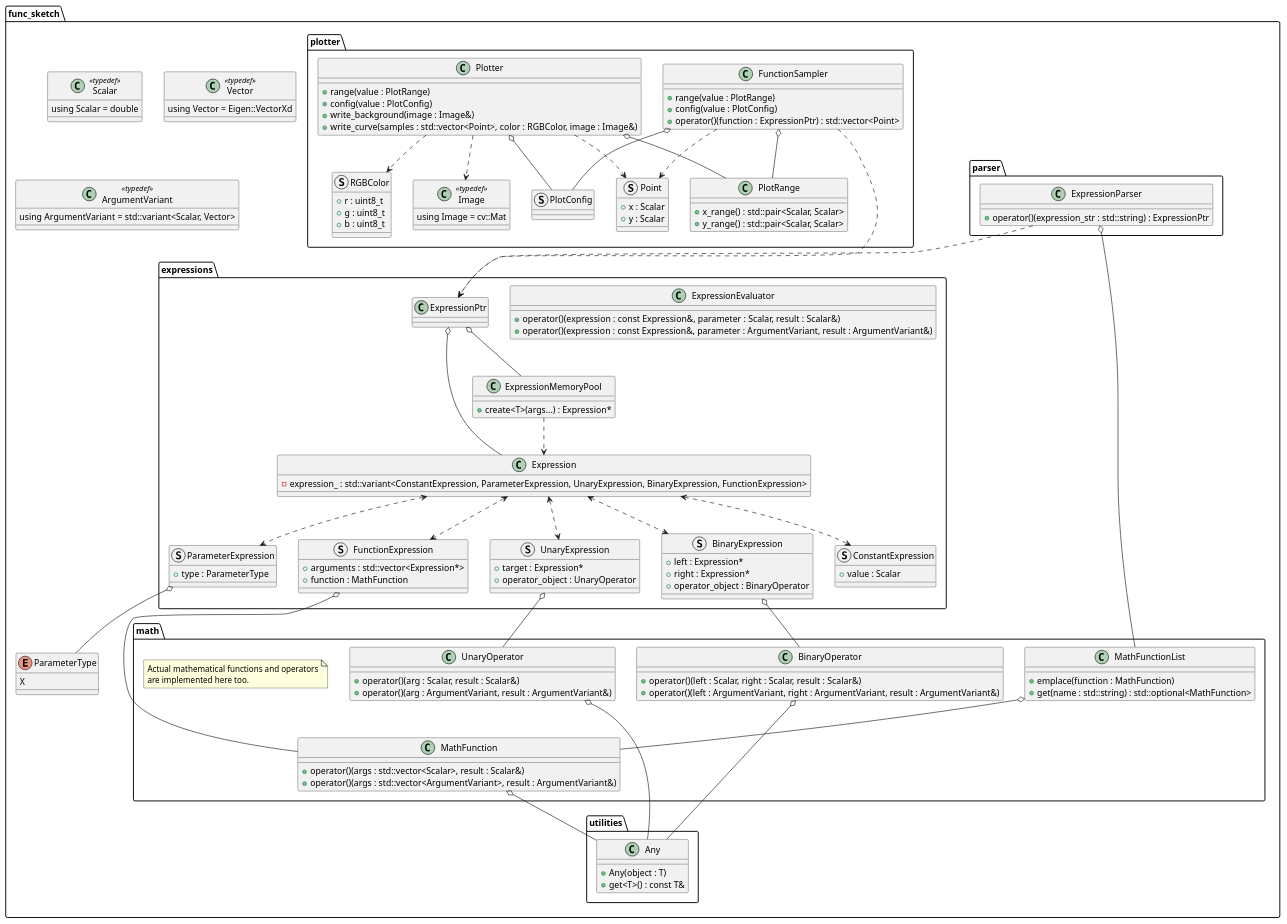
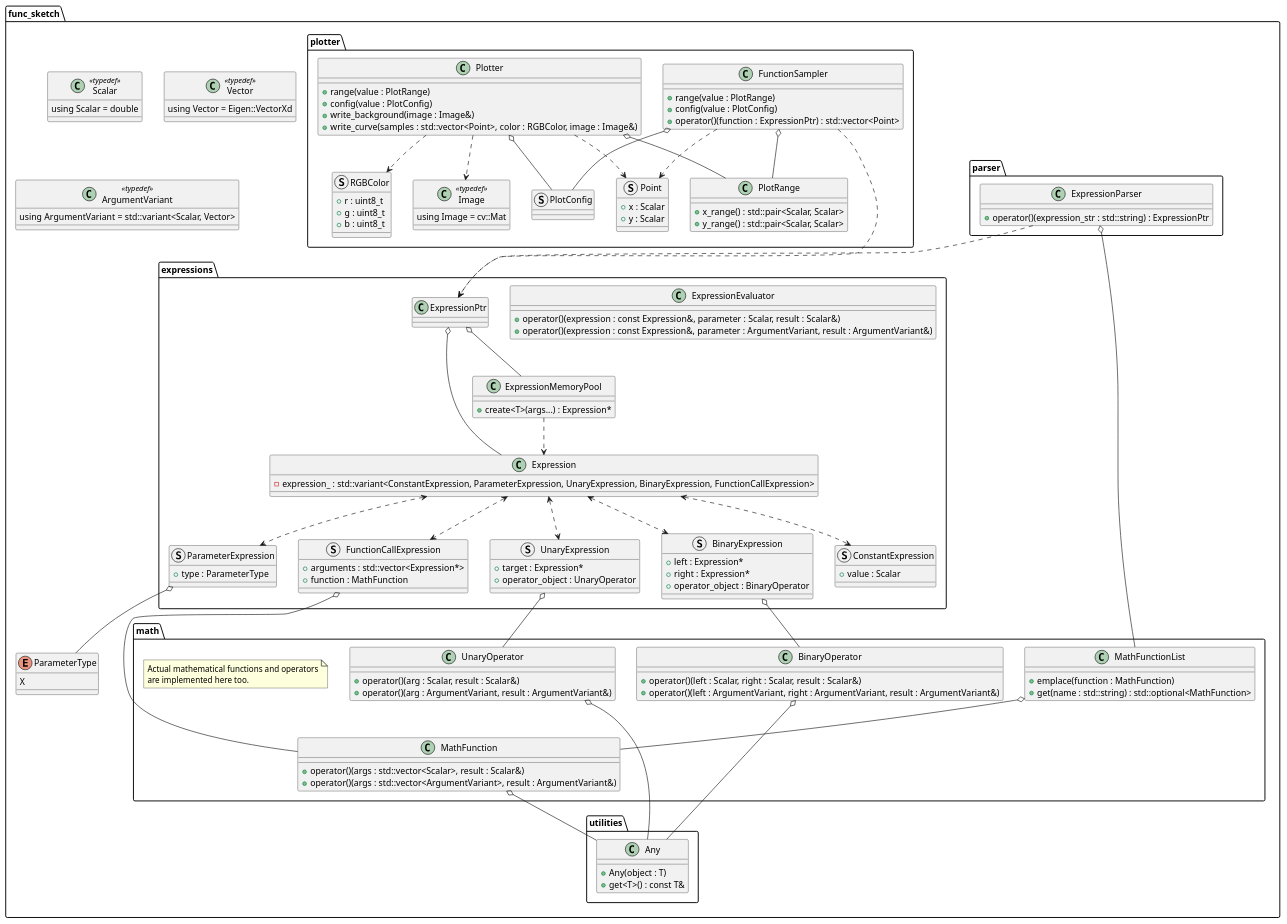
The diagram in docs/sphinx/design_notes/classes_cpp.puml (MusicScience37/FuncSketch), drawn with PlantUML before and after one commit. The commit also changed 18 other files, not shown here.

```diff
--- a/docs/sphinx/design_notes/classes_cpp.puml
+++ b/docs/sphinx/design_notes/classes_cpp.puml
@@ -1,166 +1,166 @@
 @startuml classes_cpp
 
 package func_sketch {
     class Scalar <<typedef>> {
         using Scalar = double
     }
 
     class Vector <<typedef>> {
         using Vector = Eigen::VectorXd
     }
 
     class ArgumentVariant <<typedef>> {
         using ArgumentVariant = std::variant<Scalar, Vector>
     }
 
     enum ParameterType {
         X
     }
 
     package utilities {
         class Any {
             + Any(object : T)
             + get<T>() : const T&
         }
     }
 
     package math {
         class UnaryOperator {
             + operator()(arg : Scalar, result : Scalar&)
             + operator()(arg : ArgumentVariant, result : ArgumentVariant&)
         }
         UnaryOperator o-- Any
 
         class BinaryOperator {
             + operator()(left : Scalar, right : Scalar, result : Scalar&)
             + operator()(left : ArgumentVariant, right : ArgumentVariant, result : ArgumentVariant&)
         }
         BinaryOperator o-- Any
 
         class MathFunction {
             + operator()(args : std::vector<Scalar>, result : Scalar&)
             + operator()(args : std::vector<ArgumentVariant>, result : ArgumentVariant&)
         }
         MathFunction o-- Any
 
         class MathFunctionList {
             + emplace(function : MathFunction)
             + get(name : std::string) : std::optional<MathFunction>
         }
         MathFunctionList o-- MathFunction
 
         note as math_functions_note
             Actual mathematical functions and operators
             are implemented here too.
         end note
     }
 
     package expressions {
         class Expression {
-            - expression_ : std::variant<ConstantExpression, ParameterExpression, UnaryExpression, BinaryExpression, FunctionExpression>
+            - expression_ : std::variant<ConstantExpression, ParameterExpression, UnaryExpression, BinaryExpression, FunctionCallExpression>
         }
 
         struct ConstantExpression {
             + value : Scalar
         }
         Expression <..> ConstantExpression
 
         struct ParameterExpression {
             + type : ParameterType
         }
         Expression <..> ParameterExpression
         ParameterExpression o-- ParameterType
 
         struct UnaryExpression {
             + target : Expression*
             + operator_object : UnaryOperator
         }
         Expression <..> UnaryExpression
         UnaryExpression o-- UnaryOperator
 
         struct BinaryExpression {
             + left : Expression*
             + right : Expression*
             + operator_object : BinaryOperator
         }
         Expression <..> BinaryExpression
         BinaryExpression o-- BinaryOperator
 
-        struct FunctionExpression {
+        struct FunctionCallExpression {
             + arguments : std::vector<Expression*>
             + function : MathFunction
         }
-        Expression <..> FunctionExpression
-        FunctionExpression o-- MathFunction
+        Expression <..> FunctionCallExpression
+        FunctionCallExpression o-- MathFunction
 
         class ExpressionMemoryPool {
             + create<T>(args...) : Expression*
         }
         ExpressionMemoryPool ..> Expression
 
         class ExpressionEvaluator {
             + operator()(expression : const Expression&, parameter : Scalar, result : Scalar&)
             + operator()(expression : const Expression&, parameter : ArgumentVariant, result : ArgumentVariant&)
         }
 
         class ExpressionPtr
         ExpressionPtr o-- Expression
         ExpressionPtr o-- ExpressionMemoryPool
     }
 
     package parser {
         class ExpressionParser {
             + operator()(expression_str : std::string) : ExpressionPtr
         }
         ExpressionParser o-- MathFunctionList
         ExpressionParser ..> ExpressionPtr
     }
 
     package plotter {
         struct RGBColor {
             + r : uint8_t
             + g : uint8_t
             + b : uint8_t
         }
 
         struct Point {
             + x : Scalar
             + y : Scalar
         }
 
         class Image <<typedef>> {
             using Image = cv::Mat
         }
 
         class PlotRange {
             + x_range() : std::pair<Scalar, Scalar>
             + y_range() : std::pair<Scalar, Scalar>
         }
 
         struct PlotConfig
 
         class FunctionSampler {
             + range(value : PlotRange)
             + config(value : PlotConfig)
             + operator()(function : ExpressionPtr) : std::vector<Point>
         }
         FunctionSampler o-- PlotRange
         FunctionSampler o-- PlotConfig
         FunctionSampler ...> ExpressionPtr
         FunctionSampler ..> Point
 
         class Plotter {
             + range(value : PlotRange)
             + config(value : PlotConfig)
             + write_background(image : Image&)
             + write_curve(samples : std::vector<Point>, color : RGBColor, image : Image&)
         }
         Plotter o-- PlotRange
         Plotter o-- PlotConfig
         Plotter ..> Point
         Plotter ..> RGBColor
         Plotter ..> Image
     }
 }
 
 @enduml
```
